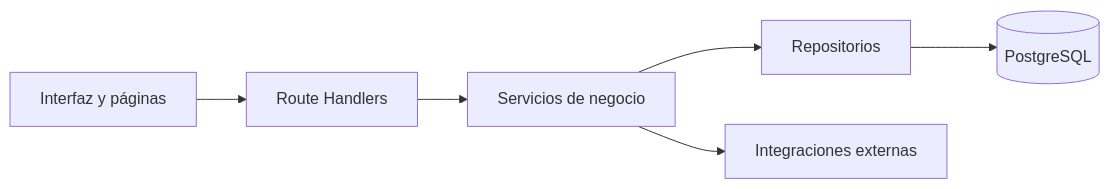
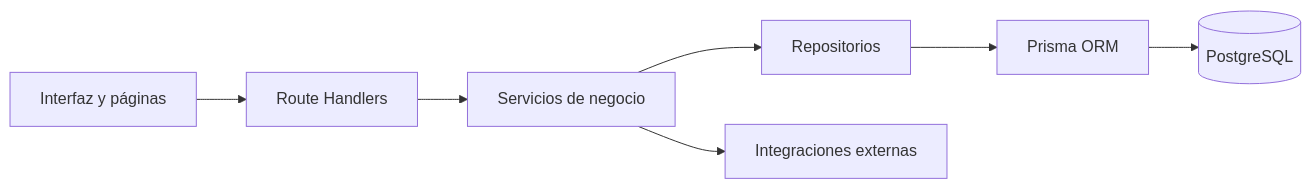
The diagram in README.md (DiegoSalsa/OpticaStylo), drawn with Mermaid before and after one commit. The commit also changed other lines of this file and 1 other file, not shown here.

Commit message:
DOC Documentar migracion completa a Prisma

````diff
--- a/README.md
+++ b/README.md
@@ -94,8 +99,9 @@
 ```mermaid
 flowchart LR
     UI[Interfaz y páginas] --> API[Route Handlers]
     API --> S[Servicios de negocio]
     S --> R[Repositorios]
-    R --> DB[(PostgreSQL)]
+    R --> P[Prisma ORM]
+    P --> DB[(PostgreSQL)]
     S --> I[Integraciones externas]
 ```
````
